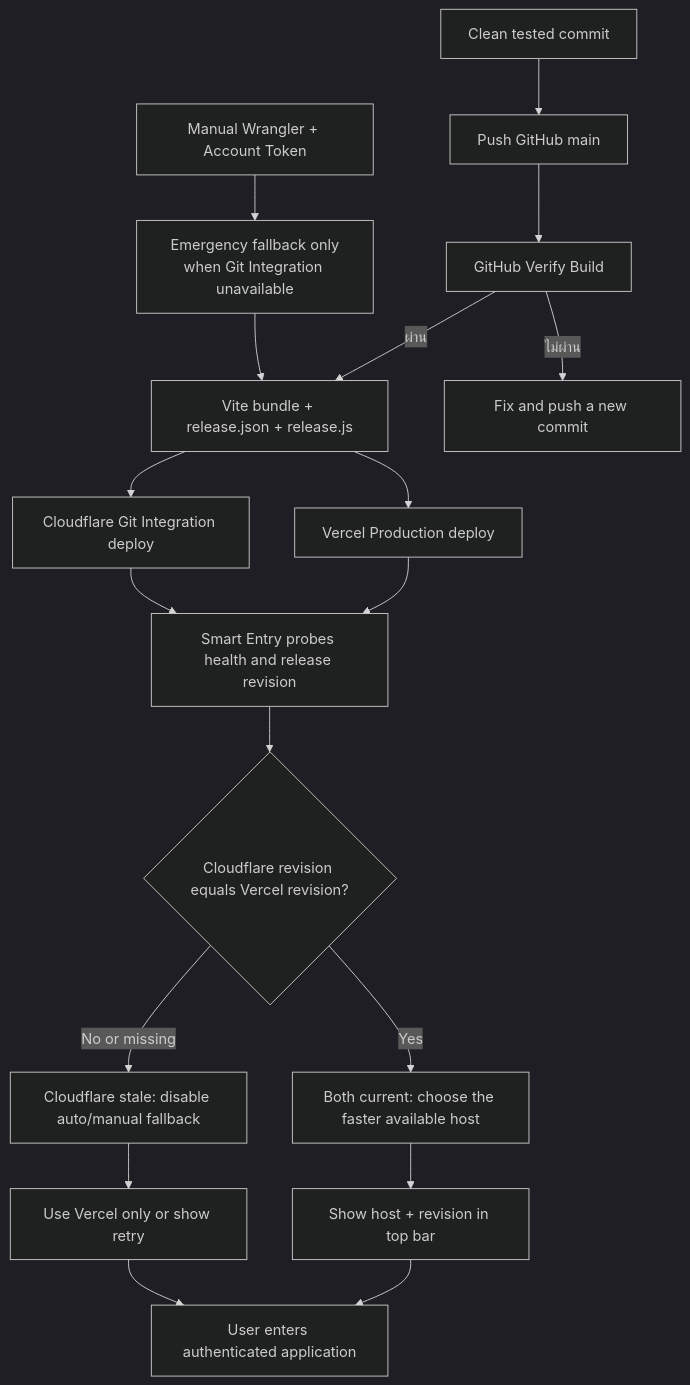
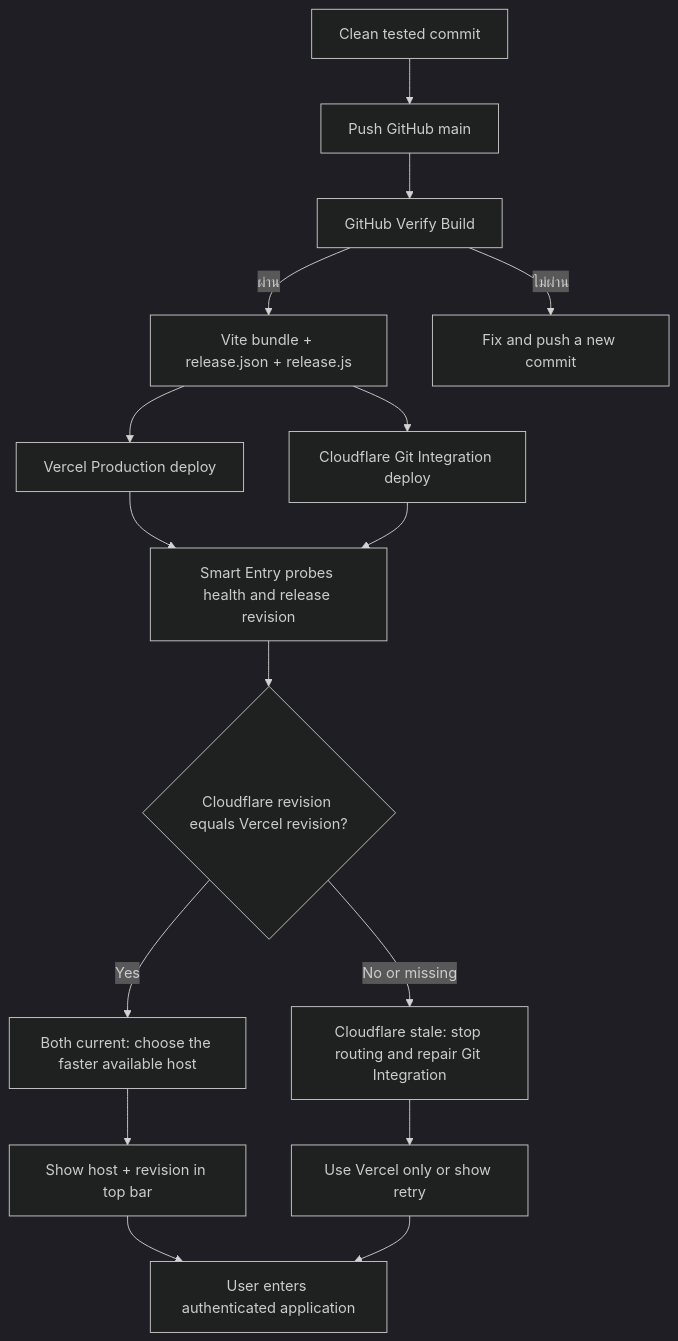
The diagram in docs/RELEASE_PARITY_FLOW.md (paramonjong-afk/WisdomAI), drawn with Mermaid (dark theme) before and after one commit. The commit also changed other lines of this file and 6 other files, not shown here.

````diff
--- a/docs/RELEASE_PARITY_FLOW.md
+++ b/docs/RELEASE_PARITY_FLOW.md
@@ -1,20 +1,18 @@
 ```mermaid
 flowchart TD
   A[Clean tested commit] --> P[Push GitHub main]
   P --> V[GitHub Verify Build]
   V -->|ผ่าน| B[Vite bundle + release.json + release.js]
   V -->|ไม่ผ่าน| X[Fix and push a new commit]
   B --> C[Vercel Production deploy]
   B --> D[Cloudflare Git Integration deploy]
-  R[Manual Wrangler + Account Token] --> S[Emergency fallback only<br/>when Git Integration unavailable]
-  S --> B
   C --> E[Smart Entry probes health and release revision]
   D --> E
   E --> F{Cloudflare revision equals Vercel revision?}
   F -->|Yes| G[Both current: choose the faster available host]
-  F -->|No or missing| H[Cloudflare stale: disable auto/manual fallback]
+  F -->|No or missing| H[Cloudflare stale: stop routing and repair Git Integration]
   G --> I[Show host + revision in top bar]
   H --> J[Use Vercel only or show retry]
   I --> K[User enters authenticated application]
   J --> K
 ```
````
